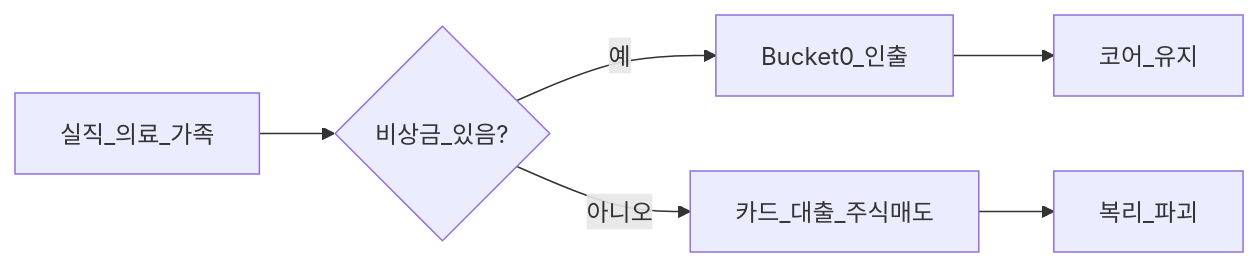
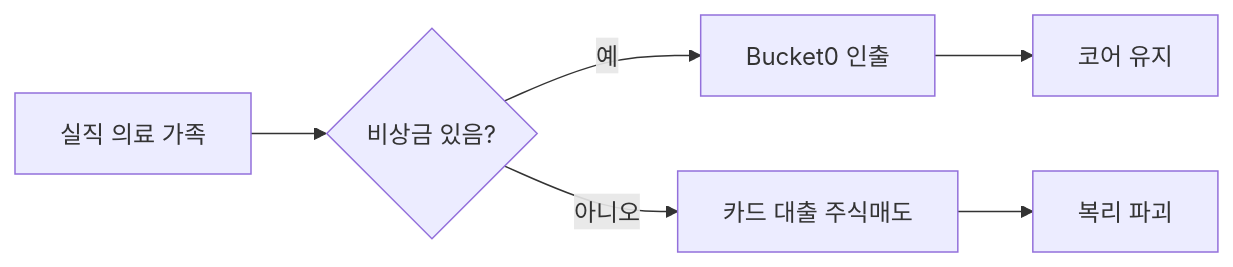
Before and after one commit to goldanghenry/Finances: the second of 2 diagrams in 01-foundations/emergency-fund.md, drawn with Mermaid. The commit also changed other lines of this file and 211 other files, not shown here.

````diff
--- a/01-foundations/emergency-fund.md
+++ b/01-foundations/emergency-fund.md
@@ -128,8 +137,8 @@
 ```mermaid
 flowchart LR
-  Shock[실직_의료_가족] --> Q{비상금_있음?}
-  Q -->|예| EF[Bucket0_인출]
-  Q -->|아니오| Bad[카드_대출_주식매도]
-  EF --> Stable[코어_유지]
-  Bad --> Break[복리_파괴]
+  Shock["실직 의료 가족"] --> Q{"비상금 있음?"}
+  Q -->|예| EF["Bucket0 인출"]
+  Q -->|아니오| Bad["카드 대출 주식매도"]
+  EF --> Stable["코어 유지"]
+  Bad --> Break["복리 파괴"]
 ```
````
